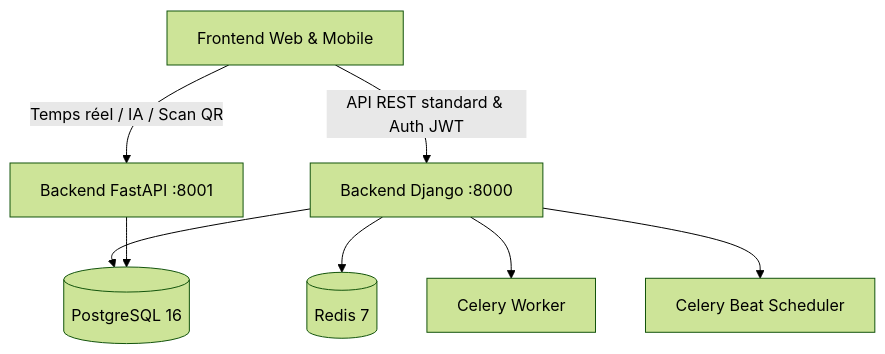
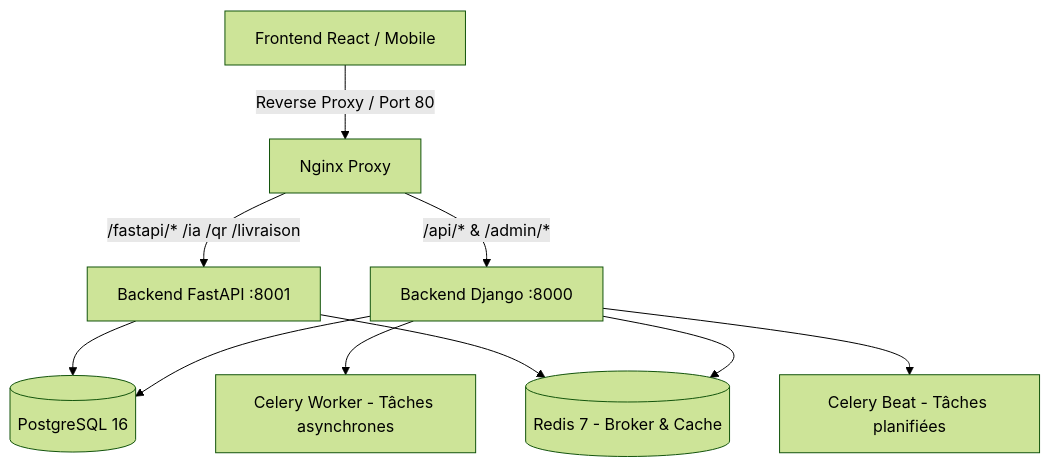
One commit to ANITCHE-TEAM/anitche changed the first of 2 diagrams in docs/ANALYSE_BACKEND.md. Above: the diagram before and after it, drawn with Mermaid (forest theme). The commit also changed other lines of this file and 68 other files, not shown here.

First line of the commit message:
feat(backend): complete all 12 django modules, fastapi microservice, and security audit

````diff
--- a/docs/ANALYSE_BACKEND.md
+++ b/docs/ANALYSE_BACKEND.md
@@ -14,10 +14,14 @@
 ```mermaid
 graph TD
-    Client[Frontend Web & Mobile] -->|API REST standard & Auth JWT| Django[Backend Django :8000]
-    Client -->|Temps réel / IA / Scan QR| FastAPI[Backend FastAPI :8001]
+    Client[Frontend React / Mobile] -->|Reverse Proxy / Port 80| NGINX[Nginx Proxy]
+    NGINX -->|/api/* & /admin/*| Django[Backend Django :8000]
+    NGINX -->|/fastapi/* /ia /qr /livraison| FastAPI[Backend FastAPI :8001]
+    
     Django --> Postgres[(PostgreSQL 16)]
-    Django --> Redis[(Redis 7)]
-    Django --> CeleryW[Celery Worker]
-    Django --> CeleryB[Celery Beat Scheduler]
+    Django --> Redis[(Redis 7 - Broker & Cache)]
+    Django --> CeleryW[Celery Worker - Tâches asynchrones]
+    Django --> CeleryB[Celery Beat - Tâches planifiées]
+    
     FastAPI --> Postgres
+    FastAPI --> Redis
 ```
````
